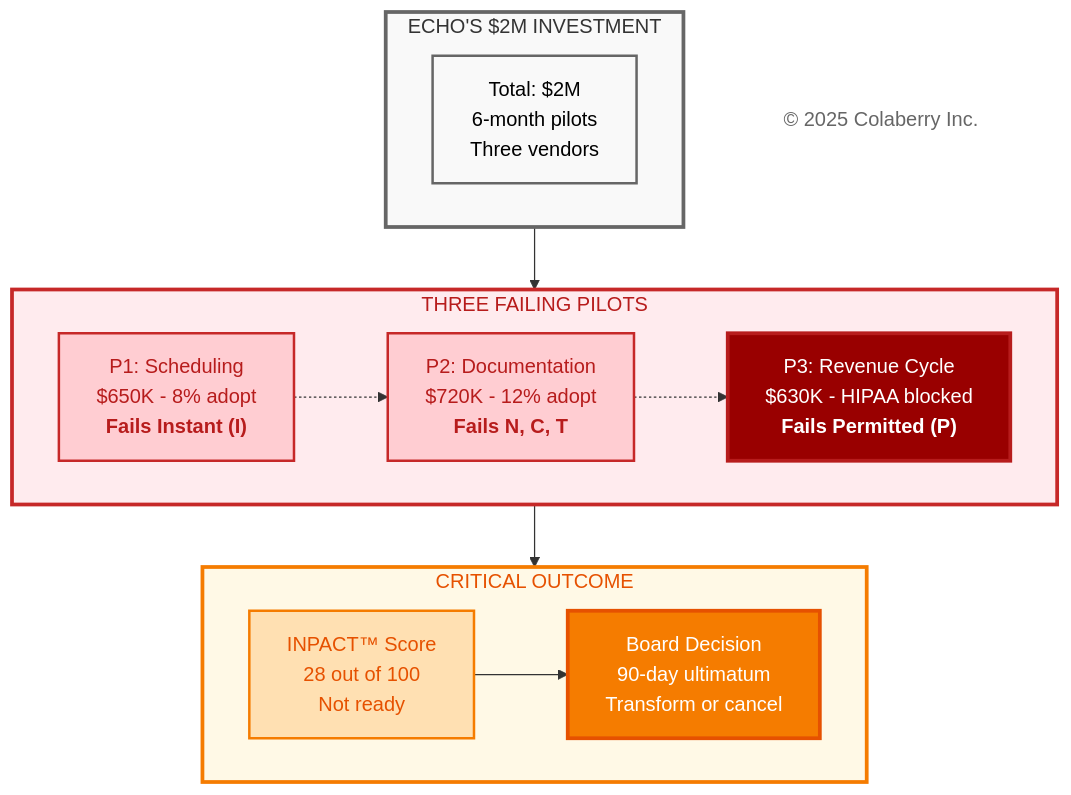
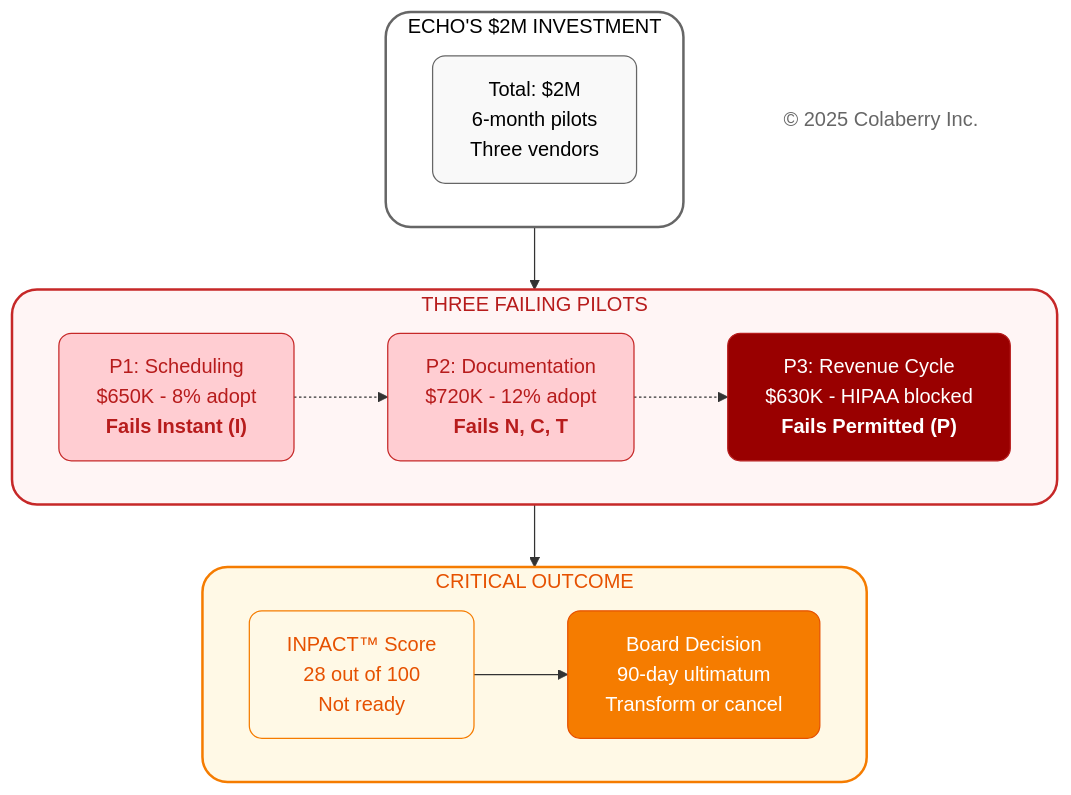
Before and after one commit to saitejesh-cyber/trust-before-intelligence-book: the sixth of 6 diagrams in manuscript/02_chapter_1_why_agents_fail.md, drawn with Mermaid. The commit also changed other lines of this file, not shown here.

Commit message:
Chapter2: Updated mermaid diagrams based on new colaberry color code

````diff
--- a/manuscript/02_chapter_1_why_agents_fail.md
+++ b/manuscript/02_chapter_1_why_agents_fail.md
@@ -621,44 +615,41 @@
 ```mermaid
 
 graph TB
     subgraph investment["ECHO'S $2M INVESTMENT"]
         TOTAL["Total: $2M<br/>6-month pilots<br/>Three vendors"]
     end
     
     subgraph pilots["THREE FAILING PILOTS"]
         P1["P1: Scheduling<br/>$650K - 8% adopt<br/><b>Fails Instant (I)</b>"]
         
         P2["P2: Documentation<br/>$720K - 12% adopt<br/><b>Fails N, C, T</b>"]
         
         P3["P3: Revenue Cycle<br/>$630K - HIPAA blocked<br/><b>Fails Permitted (P)</b>"]
         
         P1 -.-> P2 -.-> P3
     end
     
     subgraph outcome["CRITICAL OUTCOME"]
         SCORE["INPACT™ Score<br/>28 out of 100<br/>Not ready"]
         
         DECISION["Board Decision<br/>90-day ultimatum<br/>Transform or cancel"]
         
         SCORE --> DECISION
     end
     
     investment --> pilots --> outcome
     
     Copyright["© 2025 Colaberry Inc."]
     
-    style investment fill:#f9f9f9,stroke:#666666,stroke-width:3px,color:#333333
-    style TOTAL fill:#f9f9f9,stroke:#666666,stroke-width:2px,color:#000000
-    
-    style pilots fill:#ffebee,stroke:#c62828,stroke-width:3px,color:#b71c1c
-    style P1 fill:#ffcdd2,stroke:#c62828,stroke-width:2px,color:#b71c1c
-    style P2 fill:#ffcdd2,stroke:#c62828,stroke-width:2px,color:#b71c1c
-    style P3 fill:#990000,stroke:#b71c1c,stroke-width:3px,color:#ffffff
-    
-    style outcome fill:#fff9e6,stroke:#f57c00,stroke-width:3px,color:#e65100
-    style SCORE fill:#ffe0b2,stroke:#f57c00,stroke-width:2px,color:#e65100
-    style DECISION fill:#f57c00,stroke:#e65100,stroke-width:3px,color:#ffffff
-    
-    style Copyright fill:#ffffff,stroke:none,color:#666666
+    style investment fill:#ffffff,stroke:#666666,stroke-width:2px,color:#000000,rx:20,ry:20
+    style TOTAL fill:#f9f9f9,stroke:#666666,stroke-width:1px,color:#000000,rx:10,ry:10
+    style pilots fill:#fff5f5,stroke:#c62828,stroke-width:2px,color:#b71c1c,rx:20,ry:20
+    style P1 fill:#ffcdd2,stroke:#c62828,stroke-width:1px,color:#b71c1c,rx:10,ry:10
+    style P2 fill:#ffcdd2,stroke:#c62828,stroke-width:1px,color:#b71c1c,rx:10,ry:10
+    style P3 fill:#990000,stroke:#b71c1c,stroke-width:1px,color:#ffffff,rx:10,ry:10
+    style outcome fill:#fff9e6,stroke:#f57c00,stroke-width:2px,color:#e65100,rx:20,ry:20
+    style SCORE fill:#fff9e6,stroke:#f57c00,stroke-width:1px,color:#e65100,rx:10,ry:10
+    style DECISION fill:#f57c00,stroke:#e65100,stroke-width:1px,color:#ffffff,rx:10,ry:10
+    style Copyright fill:none,stroke:none,color:#666666
 
 ```
````
